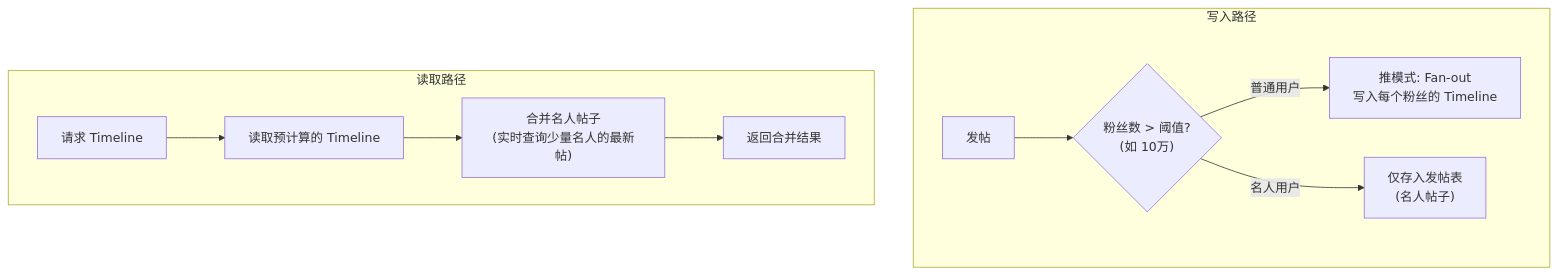
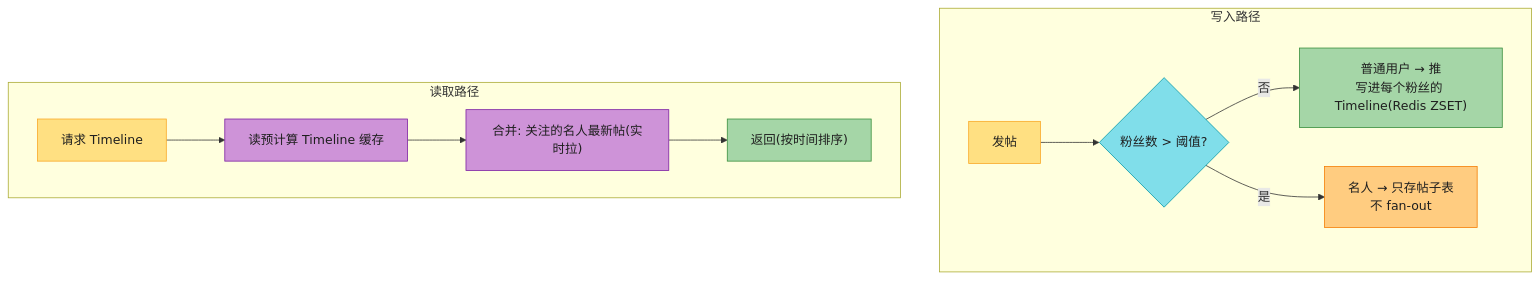
Diagram 16 of 18 in ch02-定义非功能性需求.md (socoo123/ddia_2nd), drawn with Mermaid before and after one commit. The commit also changed other lines of this file and 8 other files, not shown here.

First line of the commit message:
重写 ch01-ch09 读书笔记：风格统一 + 内容扩充 + 大量图表

````diff
--- a/ch02-定义非功能性需求.md
+++ b/ch02-定义非功能性需求.md
@@ -713,21 +939,30 @@
 ```mermaid
-graph TB
-    subgraph Write["写入路径"]
+flowchart TB
+    subgraph WRITE["写入路径"]
         POST["发帖"]
-        CHECK{"粉丝数 > 阈值?<br/>(如 10万)"}
-        PUSH["推模式: Fan-out<br/>写入每个粉丝的 Timeline"]
-        STORE["仅存入发帖表<br/>(名人帖子)"]
+        CHK{"粉丝数 > 阈值?"}
+        PUSH["普通用户 → 推<br/>写进每个粉丝的 Timeline(Redis ZSET)"]
+        STORE["名人 → 只存帖子表<br/>不 fan-out"]
     end
 
-    subgraph Read["读取路径"]
+    subgraph READ["读取路径"]
         REQ["请求 Timeline"]
-        CACHE["读取预计算的 Timeline"]
-        MERGE["合并名人帖子<br/>(实时查询少量名人的最新帖)"]
-        RESP["返回合并结果"]
+        CACHE["读预计算 Timeline 缓存"]
+        MERGE["合并: 关注的名人最新帖(实时拉)"]
+        RESP["返回(按时间排序)"]
     end
 
-    POST --> CHECK
-    CHECK -->|"普通用户"| PUSH
-    CHECK -->|"名人用户"| STORE
+    POST --> CHK
+    CHK -->|"否"| PUSH
+    CHK -->|"是"| STORE
     REQ --> CACHE --> MERGE --> RESP
+
+    style POST fill:#FFE082,stroke:#F9A825,color:#1f1f1f
+    style CHK fill:#80DEEA,stroke:#0097A7,color:#1f1f1f
+    style PUSH fill:#A5D6A7,stroke:#388E3C,color:#1f1f1f
+    style STORE fill:#FFCC80,stroke:#F57C00,color:#1f1f1f
+    style REQ fill:#FFE082,stroke:#F9A825,color:#1f1f1f
+    style CACHE fill:#CE93D8,stroke:#7B1FA2,color:#1f1f1f
+    style MERGE fill:#CE93D8,stroke:#7B1FA2,color:#1f1f1f
+    style RESP fill:#A5D6A7,stroke:#388E3C,color:#1f1f1f
 ```
````
